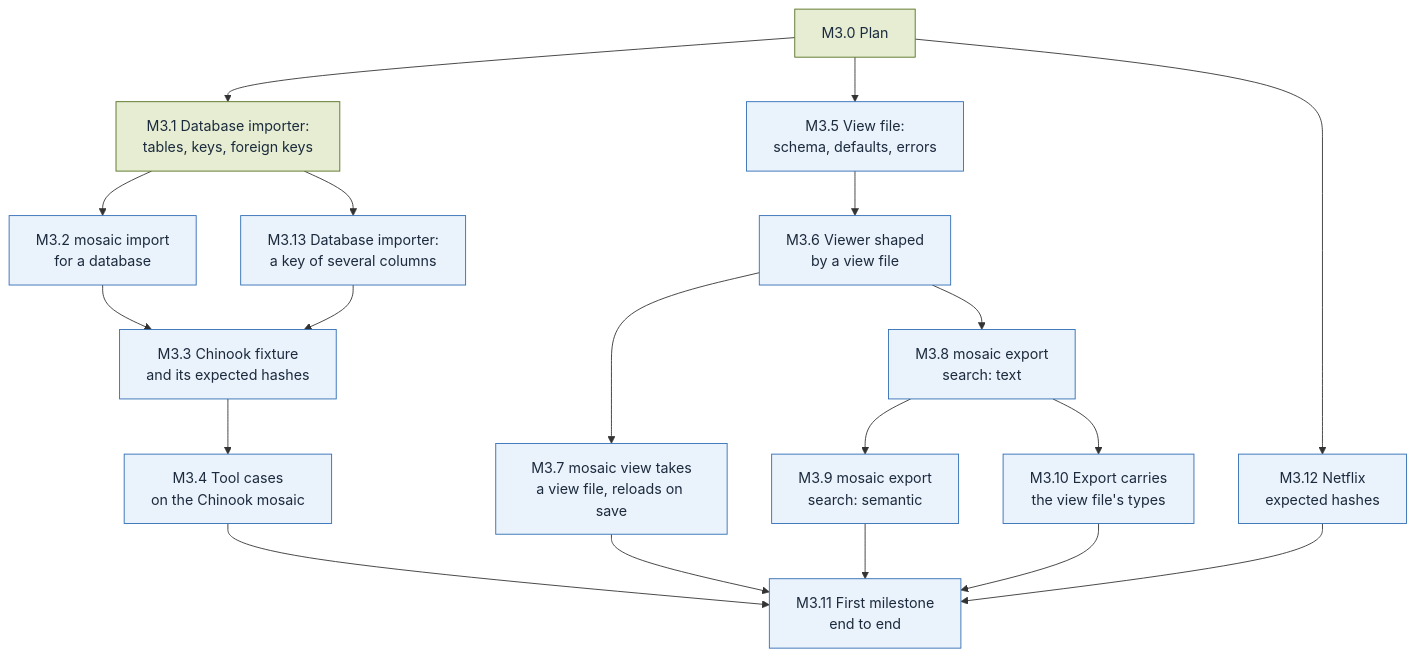
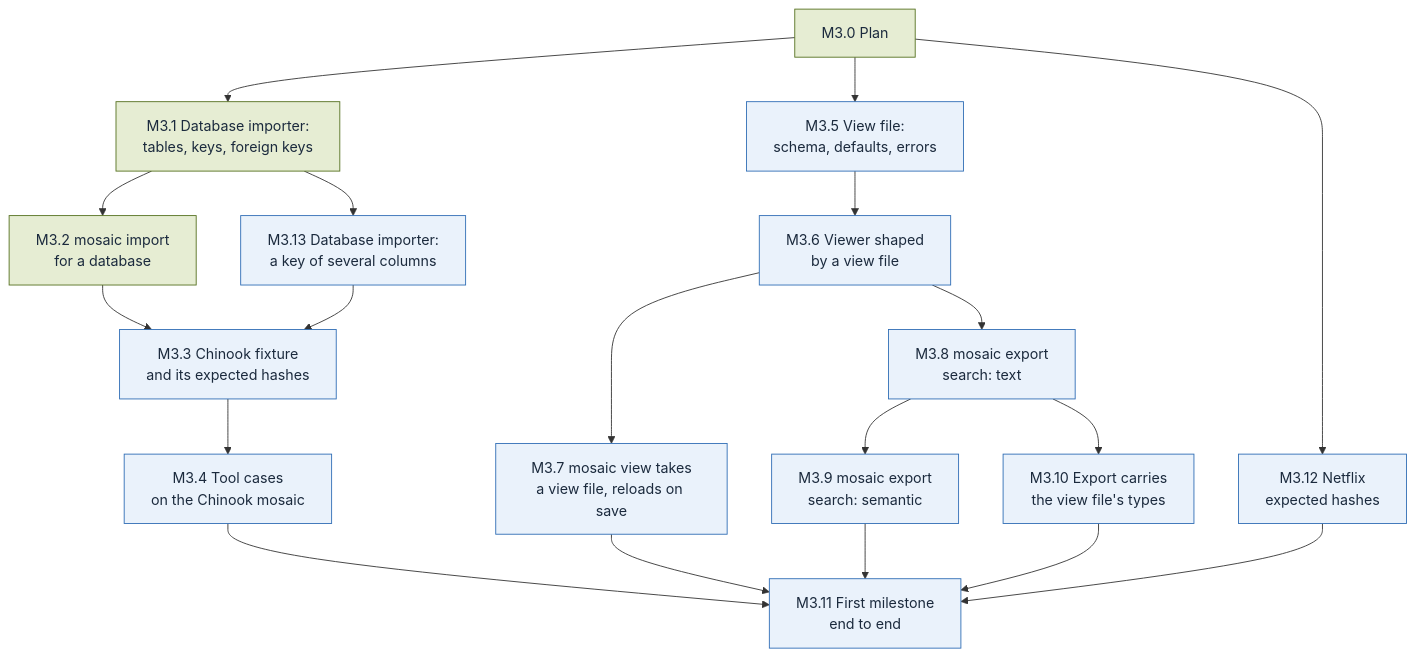
Before and after one commit to alcjor/Mosaic: the diagram in plan/M3.md, drawn with Mermaid. The commit also changed other lines of this file and 6 other files, not shown here.

````diff
--- a/plan/M3.md
+++ b/plan/M3.md
@@ -3,40 +3,40 @@
 ```mermaid
 flowchart TD
   M3_0["M3.0 Plan"]
   M3_1["M3.1 Database importer:<br/>tables, keys, foreign keys"]
   M3_2["M3.2 mosaic import<br/>for a database"]
   M3_3["M3.3 Chinook fixture<br/>and its expected hashes"]
   M3_4["M3.4 Tool cases<br/>on the Chinook mosaic"]
   M3_5["M3.5 View file:<br/>schema, defaults, errors"]
   M3_6["M3.6 Viewer shaped<br/>by a view file"]
   M3_7["M3.7 mosaic view takes<br/>a view file, reloads on save"]
   M3_8["M3.8 mosaic export<br/>search: text"]
   M3_9["M3.9 mosaic export<br/>search: semantic"]
   M3_10["M3.10 Export carries<br/>the view file's types"]
   M3_11["M3.11 First milestone<br/>end to end"]
   M3_12["M3.12 Netflix<br/>expected hashes"]
   M3_13["M3.13 Database importer:<br/>a key of several columns"]
   M3_0 --> M3_1
   M3_1 --> M3_2
   M3_2 --> M3_3
   M3_3 --> M3_4
   M3_0 --> M3_5
   M3_5 --> M3_6
   M3_6 --> M3_7
   M3_6 --> M3_8
   M3_8 --> M3_9
   M3_8 --> M3_10
   M3_4 --> M3_11
   M3_7 --> M3_11
   M3_9 --> M3_11
   M3_10 --> M3_11
   M3_0 --> M3_12
   M3_12 --> M3_11
   M3_1 --> M3_13
   M3_13 --> M3_3
   classDef done fill:#E6EDD3,stroke:#55701F,color:#1B2A3D
   classDef todo fill:#EAF2FB,stroke:#2F6DB5,color:#1B2A3D
   classDef parked fill:#FCEFCF,stroke:#F2B630,color:#1B2A3D
-  class M3_0,M3_1 done
-  class M3_2,M3_3,M3_4,M3_5,M3_6,M3_7,M3_8,M3_9,M3_10,M3_11,M3_12,M3_13 todo
+  class M3_0,M3_1,M3_2 done
+  class M3_3,M3_4,M3_5,M3_6,M3_7,M3_8,M3_9,M3_10,M3_11,M3_12,M3_13 todo
 ```
````
